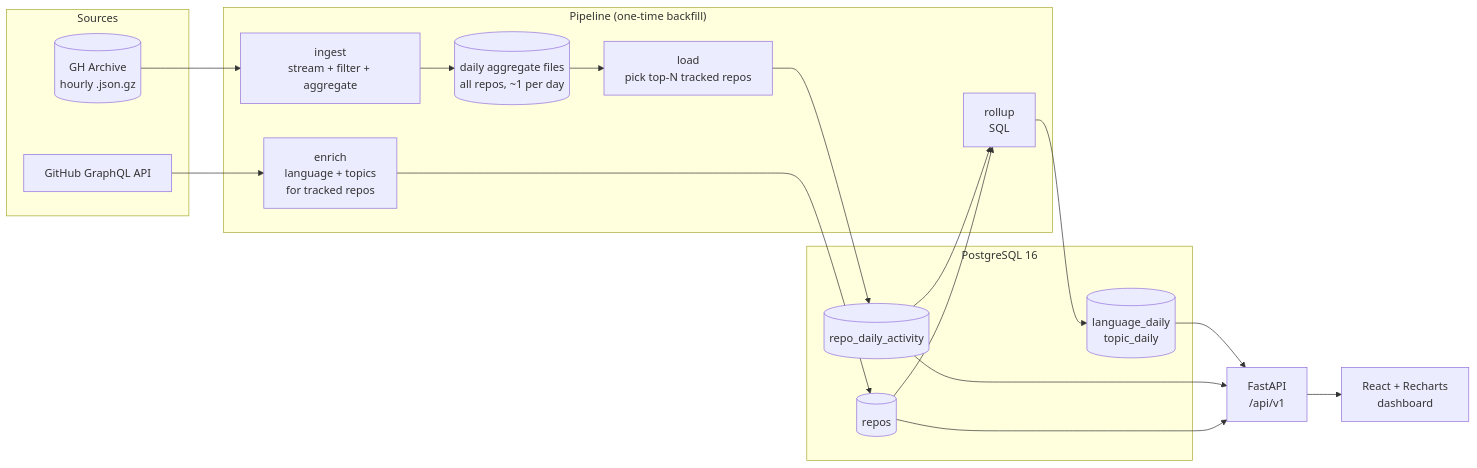
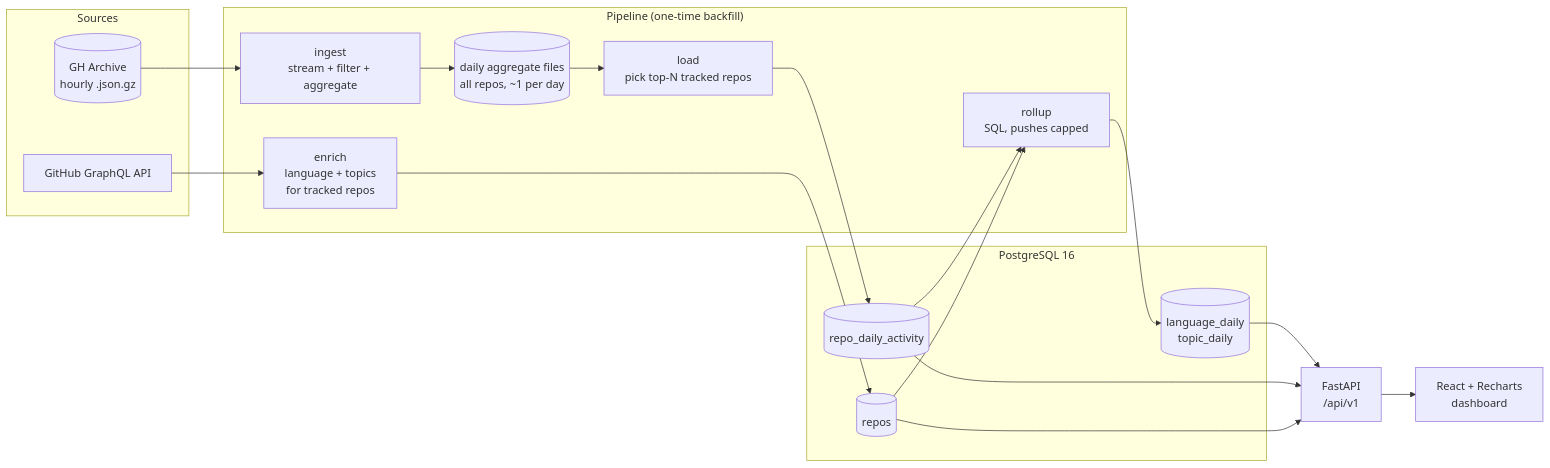
The diagram in README.md (AksharAeinampudi/gh-ecosystem-analyzer), drawn with Mermaid before and after one commit. The commit also changed other lines of this file and 1 other file, not shown here.

````diff
--- a/README.md
+++ b/README.md
@@ -13,34 +13,34 @@
 ```mermaid
 flowchart LR
     subgraph Sources
         GHA[(GH Archive<br/>hourly .json.gz)]
         GQL[GitHub GraphQL API]
     end
 
     subgraph Pipeline["Pipeline (one-time backfill)"]
         ING[ingest<br/>stream + filter + aggregate]
         FILES[(daily aggregate files<br/>all repos, ~1 per day)]
         LOAD[load<br/>pick top-N tracked repos]
         ENR[enrich<br/>language + topics<br/>for tracked repos]
-        ROL[rollup<br/>SQL]
+        ROL[rollup<br/>SQL, pushes capped]
     end
 
     subgraph DB["PostgreSQL 16"]
         RDA[(repo_daily_activity)]
         REP[(repos)]
         AGG[(language_daily<br/>topic_daily)]
     end
 
     API[FastAPI<br/>/api/v1]
     UI[React + Recharts<br/>dashboard]
 
     GHA --> ING --> FILES --> LOAD --> RDA
     GQL --> ENR --> REP
     RDA --> ROL
     REP --> ROL
     ROL --> AGG
     AGG --> API
     RDA --> API
     REP --> API
     API --> UI
 ```
````
